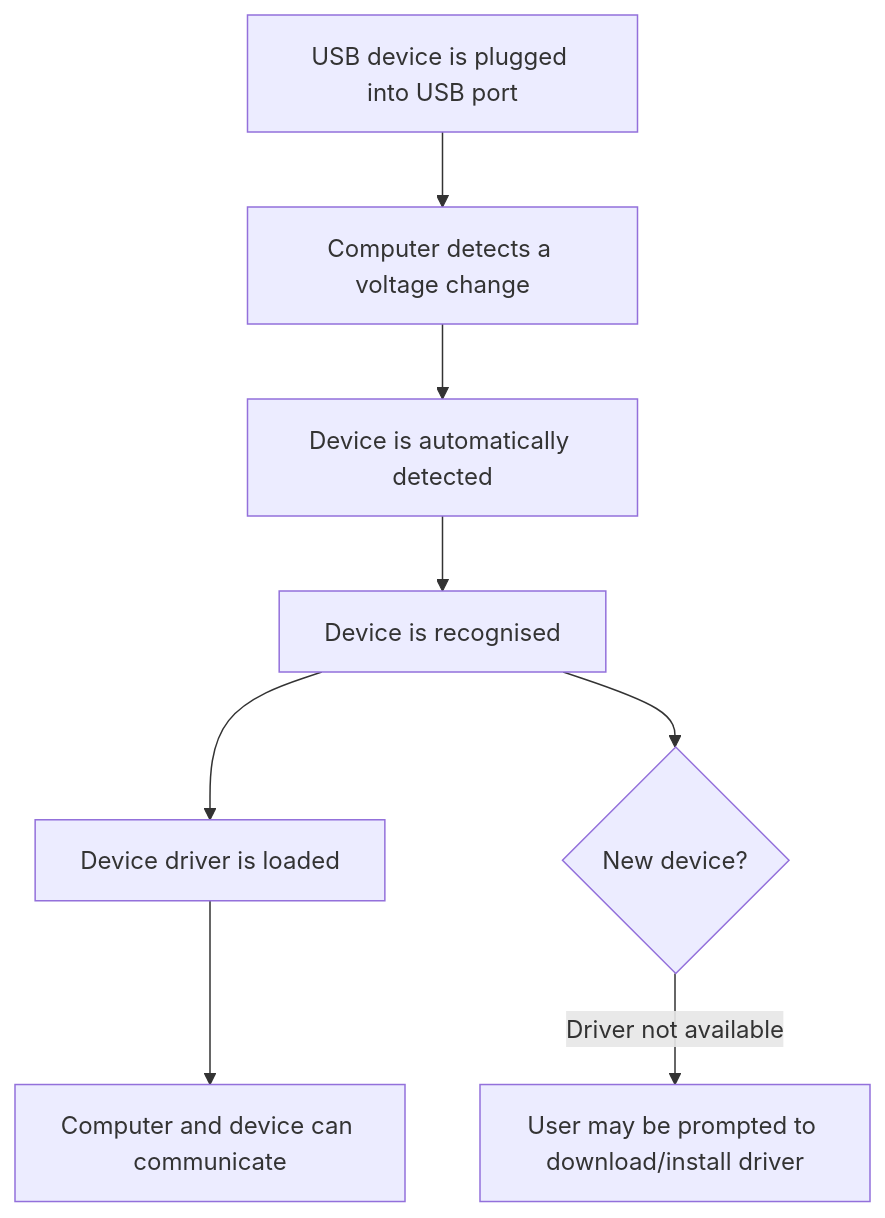
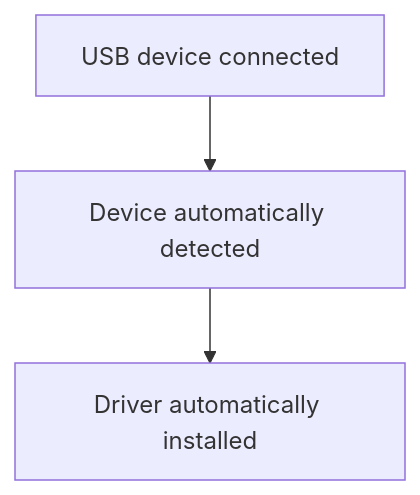
Before and after one commit to whuang0428/cs-web-checklist: the second of 8 diagrams in ig-0478/chapter-2.md, drawn with Mermaid. The commit also changed other lines of this file and 35 other files, not shown here.

````diff
--- a/ig-0478/chapter-2.md
+++ b/ig-0478/chapter-2.md
@@ -207,10 +228,5 @@
 ```mermaid
 flowchart TD
-    A[USB device is plugged into USB port] --> B[Computer detects a voltage change]
-    B --> C[Device is automatically detected]
-    C --> D[Device is recognised]
-    D --> E[Device driver is loaded]
-    E --> F[Computer and device can communicate]
-    D --> G{New device?}
-    G -->|Driver not available| H[User may be prompted to download/install driver]
+    A[USB device connected] --> B[Device automatically detected]
+    B --> C[Driver automatically installed]
 ```
````
